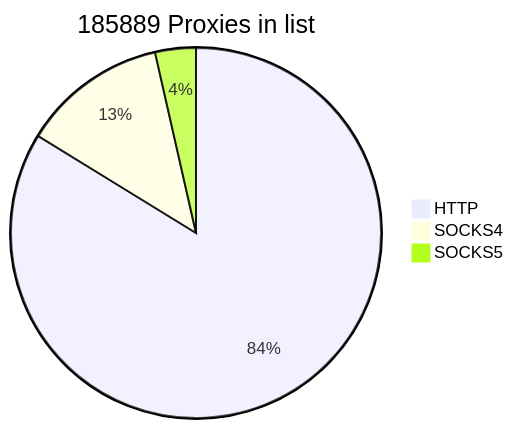
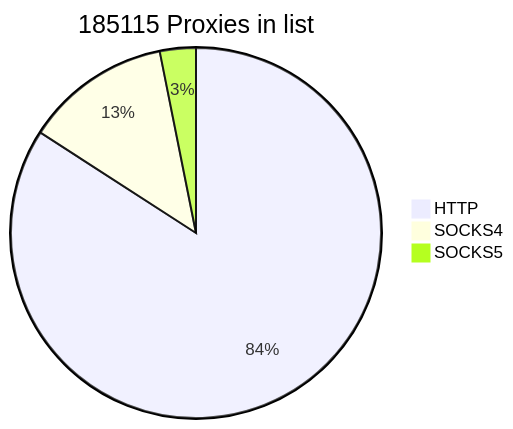
One commit to cutipu/proxylist changed the first of 2 diagrams in README.md. Above: the diagram before and after it, drawn with Mermaid. The commit also changed other lines of this file, not shown here.

````diff
--- a/README.md
+++ b/README.md
@@ -2,7 +2,7 @@
 ```mermaid
-pie title 185889 Proxies in list
-    "HTTP" : 155706
+pie title 185115 Proxies in list
+    "HTTP" : 155728
     "SOCKS4" : 23576
-    "SOCKS5" : 6607
+    "SOCKS5" : 5811
             
 ```
````
